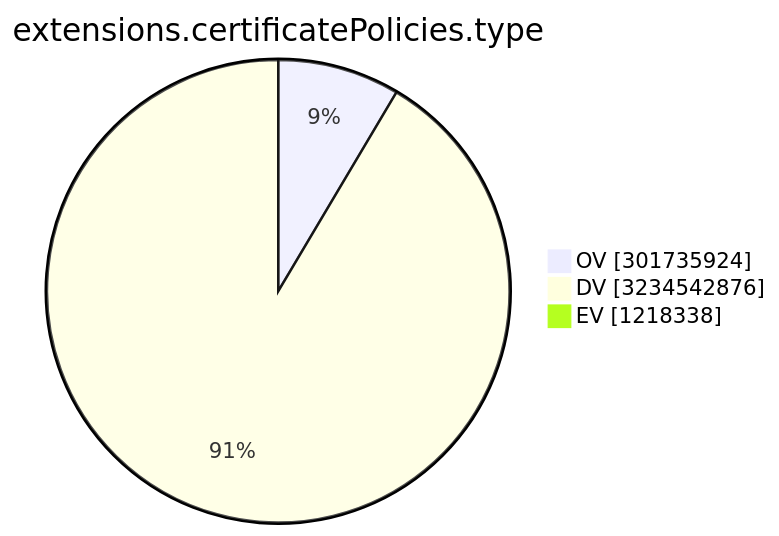
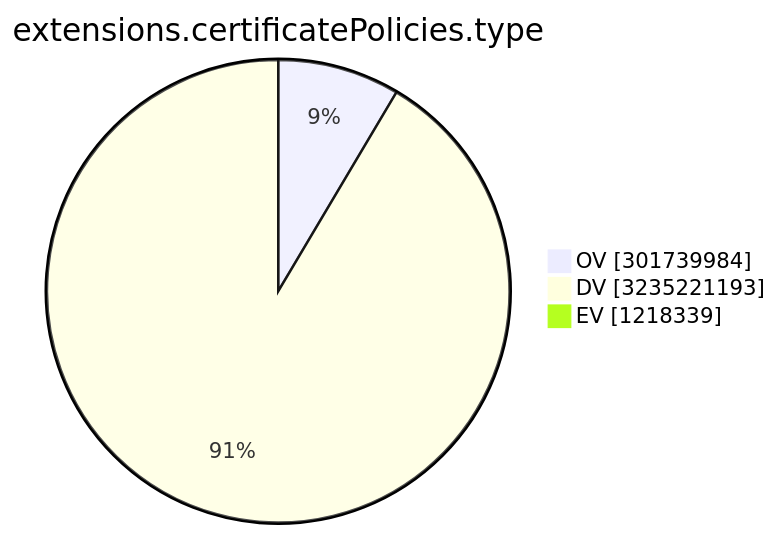
The ninth of 15 diagrams in TOTAL/README.md (christiankrug/ctmonitor_visualization), drawn with Mermaid before and after one commit. The commit also changed other lines of this file, not shown here.

````diff
--- a/TOTAL/README.md
+++ b/TOTAL/README.md
@@ -3107,7 +3107,7 @@
 ```mermaid
 pie showData
 title extensions.certificatePolicies.type
-"OV" :301735924
-"DV" :3234542876
-"EV" :1218338
+"OV" :301739984
+"DV" :3235221193
+"EV" :1218339
 ```
````
